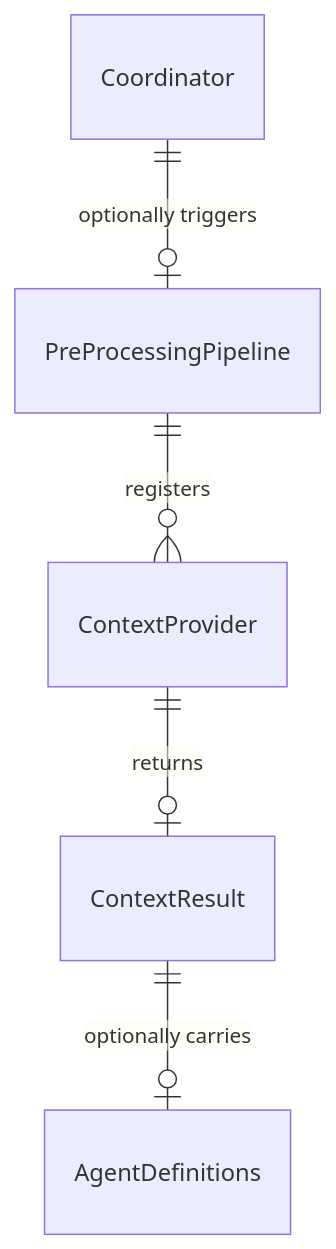
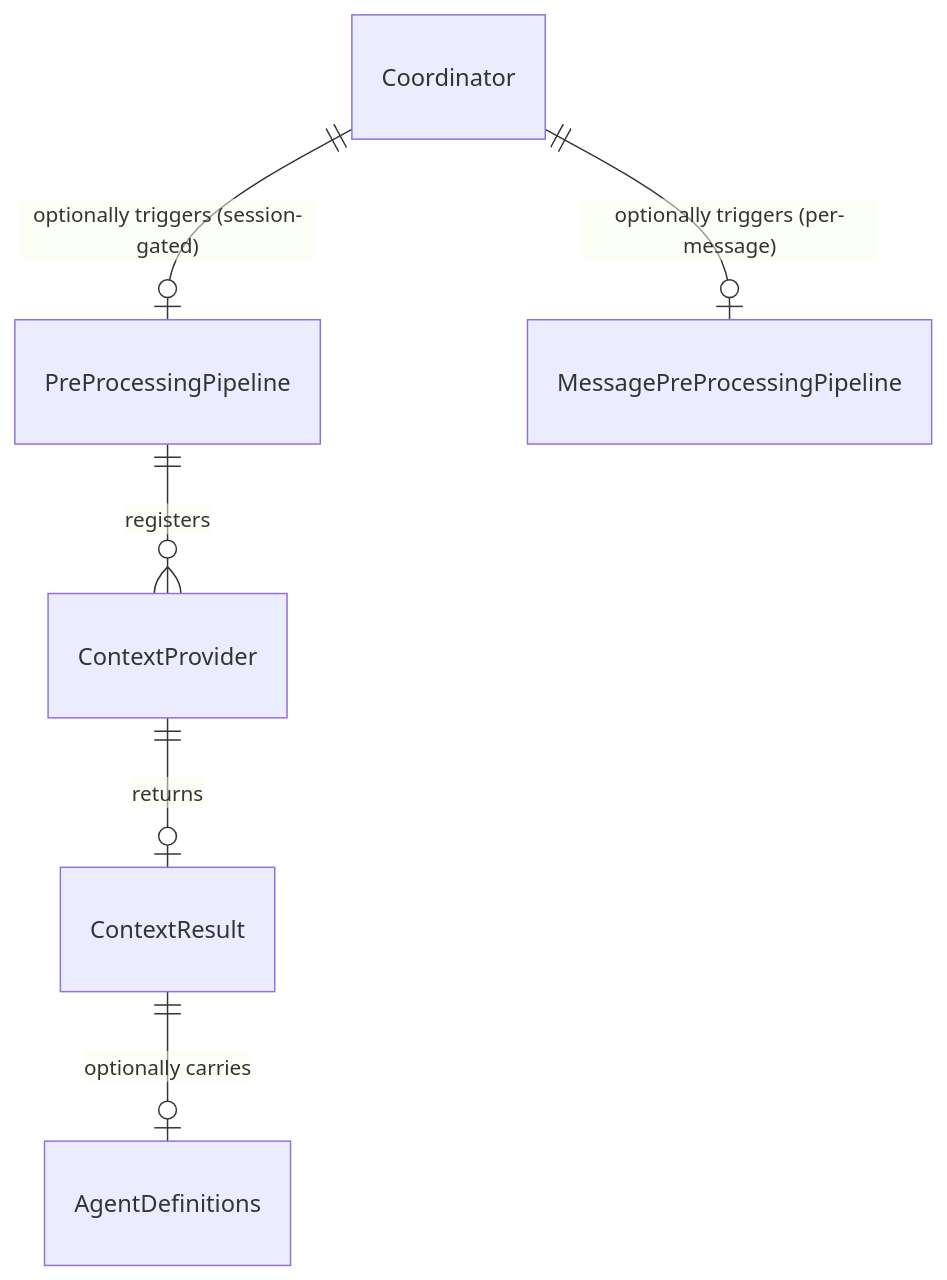
The second of 2 diagrams in docs/feature-designs/agent/pre-processing-pipeline.md (asermax/tachikoma), drawn with Mermaid before and after one commit. The commit also changed other lines of this file and 4 other files, not shown here.

First line of the commit message:
docs(specs): reconcile feature docs with per-message skill evaluation

````diff
--- a/docs/feature-designs/agent/pre-processing-pipeline.md
+++ b/docs/feature-designs/agent/pre-processing-pipeline.md
@@ -111,7 +122,8 @@
 ```mermaid
 erDiagram
     PreProcessingPipeline ||--o{ ContextProvider : "registers"
     ContextProvider ||--o| ContextResult : "returns"
     ContextResult ||--o| AgentDefinitions : "optionally carries"
-    Coordinator ||--o| PreProcessingPipeline : "optionally triggers"
+    Coordinator ||--o| PreProcessingPipeline : "optionally triggers (session-gated)"
+    Coordinator ||--o| MessagePreProcessingPipeline : "optionally triggers (per-message)"
 ```
````
